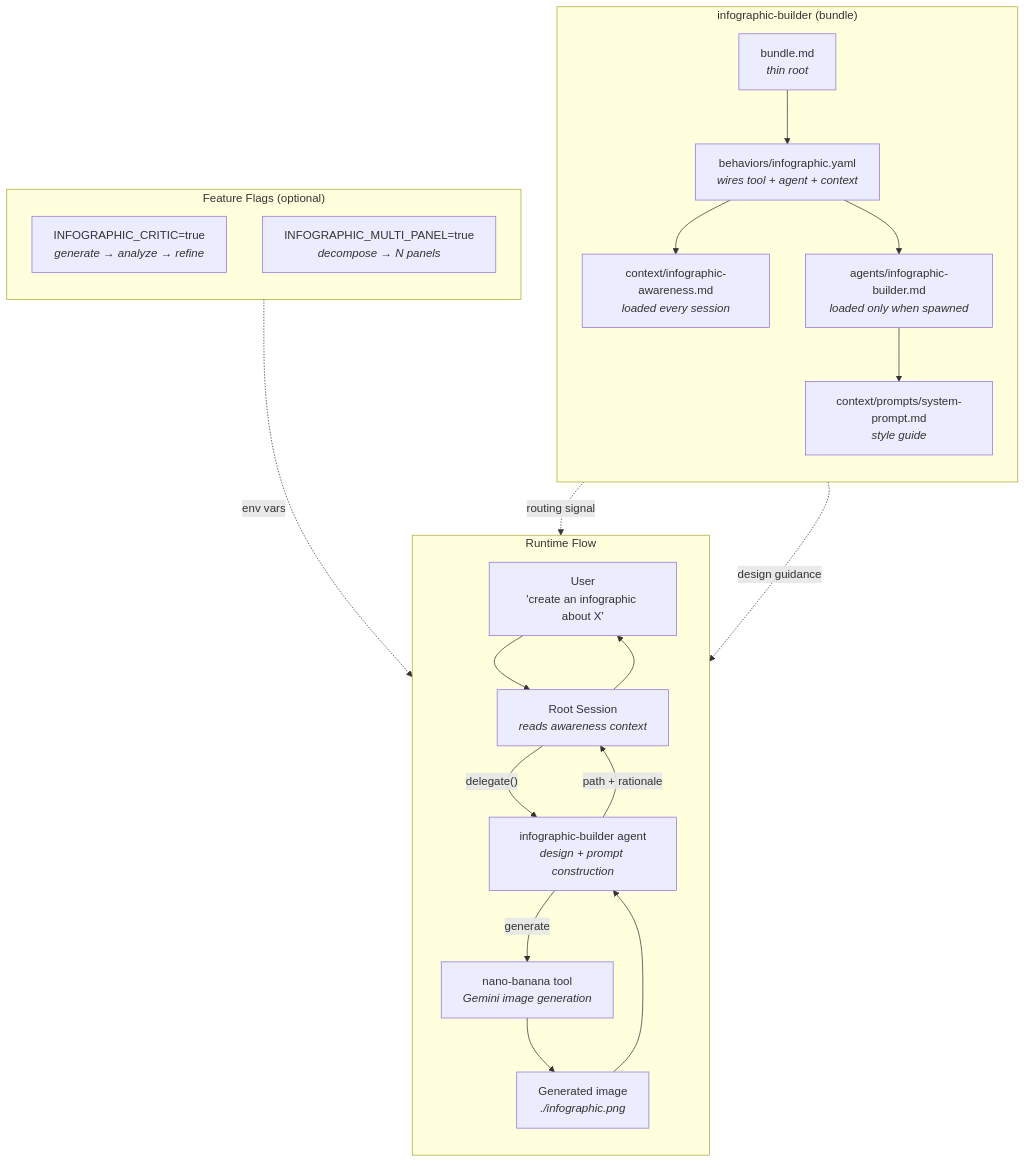
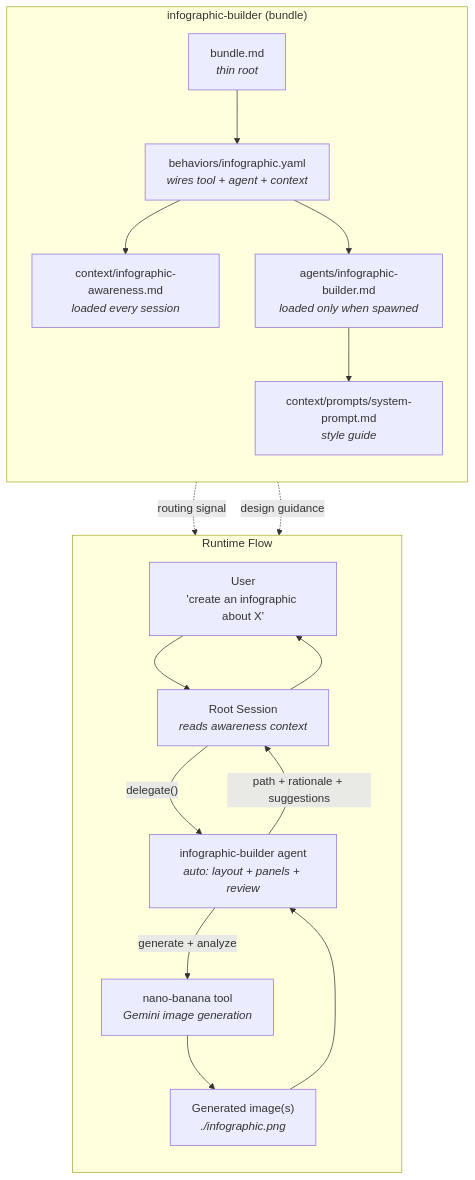
One commit to singh2/infographic-builder changed the diagram in README.md. Above: the diagram before and after it, drawn with Mermaid. The commit also changed other lines of this file and 2 other files, not shown here.

First line of the commit message:
feat: auto-detect multi-panel and quality review, simplify UX to first-time magic

````diff
--- a/README.md
+++ b/README.md
@@ -30,42 +90,35 @@
 ```mermaid
 flowchart TB
     subgraph bundle ["infographic-builder (bundle)"]
         direction TB
         B["bundle.md<br/><i>thin root</i>"]
         BH["behaviors/infographic.yaml<br/><i>wires tool + agent + context</i>"]
         AW["context/infographic-awareness.md<br/><i>loaded every session</i>"]
         SP["context/prompts/system-prompt.md<br/><i>style guide</i>"]
         AG["agents/infographic-builder.md<br/><i>loaded only when spawned</i>"]
         B --> BH
         BH --> AW
         BH --> AG
         AG --> SP
     end
 
     subgraph runtime ["Runtime Flow"]
         direction TB
         U["User<br/>'create an infographic about X'"]
         RS["Root Session<br/><i>reads awareness context</i>"]
-        DE["infographic-builder agent<br/><i>design + prompt construction</i>"]
+        DE["infographic-builder agent<br/><i>auto: layout + panels + review</i>"]
         NB["nano-banana tool<br/><i>Gemini image generation</i>"]
-        IMG["Generated image<br/><i>./infographic.png</i>"]
+        IMG["Generated image(s)<br/><i>./infographic.png</i>"]
 
         U --> RS
         RS -->|"delegate()"| DE
-        DE -->|"generate"| NB
+        DE -->|"generate + analyze"| NB
         NB --> IMG
         IMG --> DE
-        DE -->|"path + rationale"| RS
+        DE -->|"path + rationale + suggestions"| RS
         RS --> U
-    end
-
-    subgraph flags ["Feature Flags (optional)"]
-        direction TB
-        CR["INFOGRAPHIC_CRITIC=true<br/><i>generate → analyze → refine</i>"]
-        MP["INFOGRAPHIC_MULTI_PANEL=true<br/><i>decompose → N panels</i>"]
     end
 
     AW -.->|"routing signal"| RS
     SP -.->|"design guidance"| DE
-    flags -.->|"env vars"| RS
 ```
````
